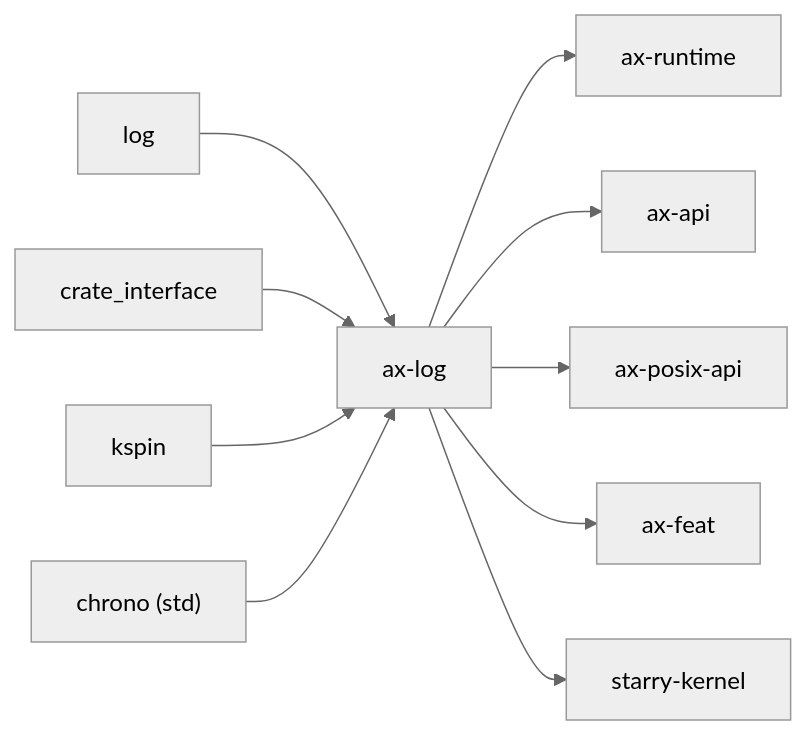
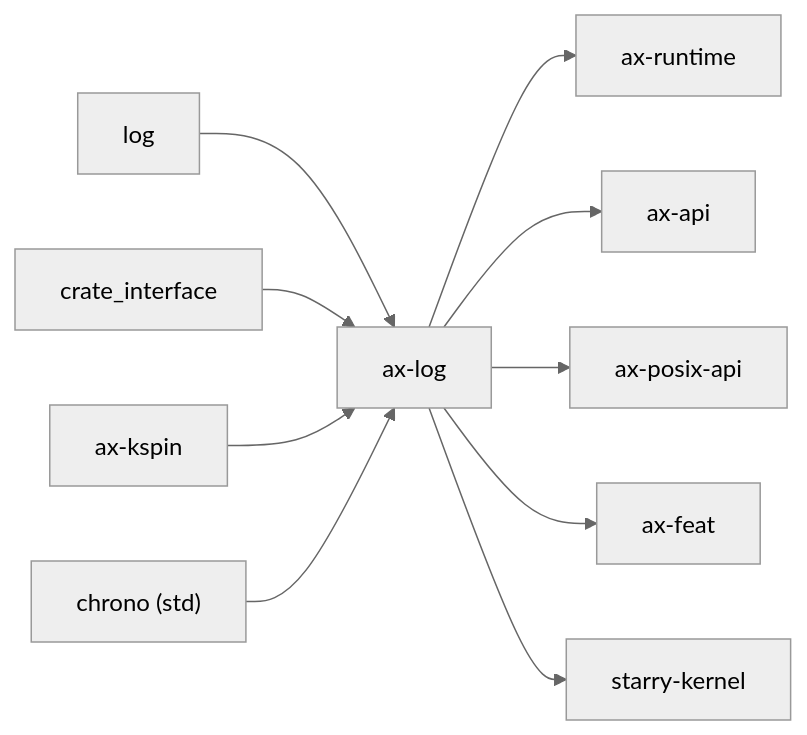
Before and after one commit to zKurisu/tgoskits: the second of 2 diagrams in docs/crates/ax-log.md, drawn with Mermaid (neutral theme). The commit also changed other lines of this file and 101 other files, not shown here.

````diff
--- a/docs/crates/ax-log.md
+++ b/docs/crates/ax-log.md
@@ -78,13 +78,13 @@
 ```mermaid
 graph LR
     log["log"] --> ax-log["ax-log"]
     crate_interface["crate_interface"] --> ax-log
-    kspin["kspin"] --> ax-log
+    ax_kspin["ax-kspin"] --> ax-log
     chrono["chrono (std)"] --> ax-log
 
     ax-log --> ax-runtime["ax-runtime"]
     ax-log --> ax-api["ax-api"]
     ax-log --> arceos_posix["ax-posix-api"]
     ax-log --> ax-feat["ax-feat"]
     ax-log --> starry_kernel["starry-kernel"]
 ```
````
